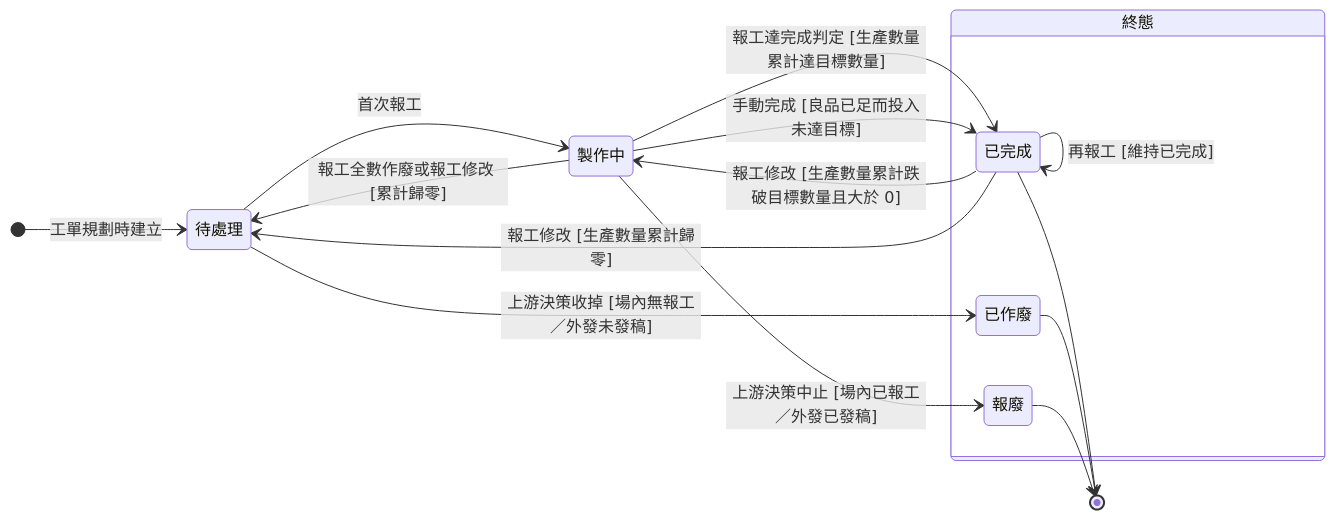
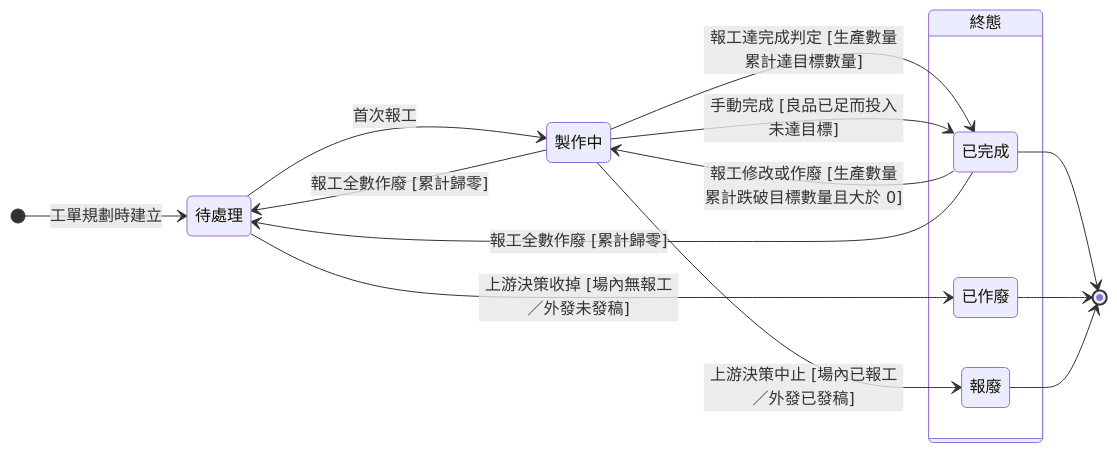
Before and after one commit to Kawato-Miles/erp-spec: the diagram in memory/Sens_wiki/wiki/erp/06-state-machines/生產任務狀態.md, drawn with Mermaid. The commit also changed other lines of this file and 62 other files, not shown here.

````diff
--- a/memory/Sens_wiki/wiki/erp/06-state-machines/生產任務狀態.md
+++ b/memory/Sens_wiki/wiki/erp/06-state-machines/生產任務狀態.md
@@ -43,31 +46,30 @@
 ```mermaid
 stateDiagram-v2
     direction LR
 
     [*] --> s_pending : 工單規劃時建立
 
     state "待處理" as s_pending
     state "製作中" as s_making
 
     state "終態" as Final {
         state "已完成" as s_done
         state "已作廢" as s_void
         state "報廢" as s_scrap
     }
 
     s_pending --> s_making : 首次報工
     s_making --> s_done : 報工達完成判定 [生產數量累計達目標數量]
     s_making --> s_done : 手動完成 [良品已足而投入未達目標]
 
-    s_making --> s_pending : 報工全數作廢或報工修改 [累計歸零]
-    s_done --> s_done : 再報工 [維持已完成]
-    s_done --> s_making : 報工修改 [生產數量累計跌破目標數量且大於 0]
-    s_done --> s_pending : 報工修改 [生產數量累計歸零]
+    s_making --> s_pending : 報工全數作廢 [累計歸零]
+    s_done --> s_making : 報工修改或作廢 [生產數量累計跌破目標數量且大於 0]
+    s_done --> s_pending : 報工全數作廢 [累計歸零]
 
     s_pending --> s_void : 上游決策收掉 [場內無報工／外發未發稿]
     s_making --> s_scrap : 上游決策中止 [場內已報工／外發已發稿]
 
     s_done --> [*]
     s_void --> [*]
     s_scrap --> [*]
 ```
````
